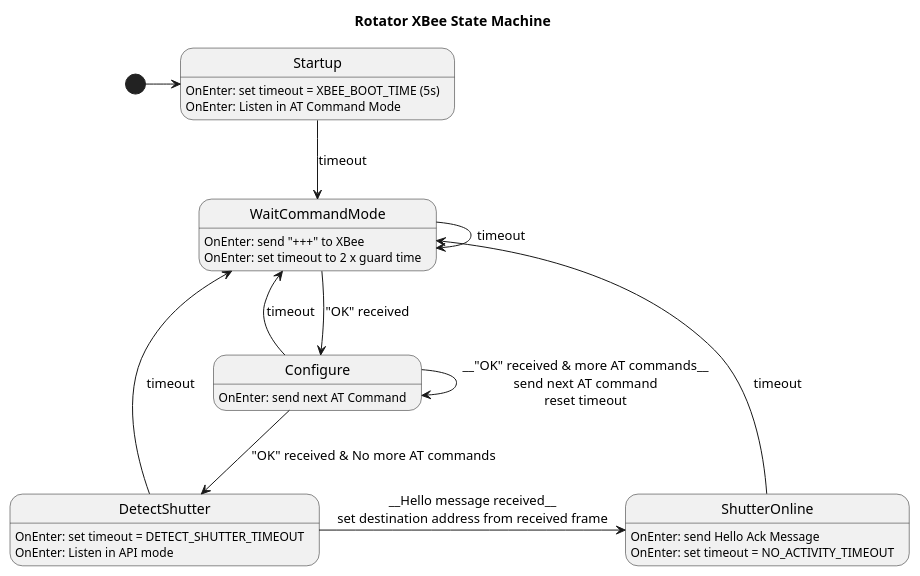
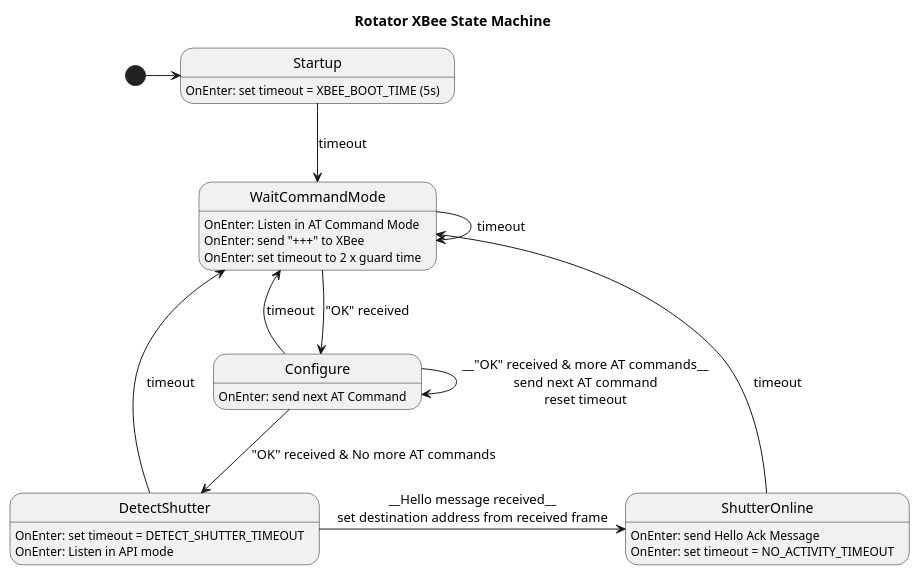
Before and after one commit to nexdome/Firmware: the diagram in Markdown/RotatorXBeeStateMachine.md, drawn with PlantUML. The commit also changed 7 other files, not shown here.

````diff
--- a/Markdown/RotatorXBeeStateMachine.md
+++ b/Markdown/RotatorXBeeStateMachine.md
@@ -1,31 +1,31 @@
 ``` puml
 @startuml
 hide empty description
 title Rotator XBee State Machine
 
 [*] -> Startup
 Startup: OnEnter: set timeout = XBEE_BOOT_TIME (5s)
-Startup: OnEnter: Listen in AT Command Mode
 Startup --> WaitCommandMode: timeout
 
+WaitCommandMode: OnEnter: Listen in AT Command Mode
 WaitCommandMode: OnEnter: send "+++" to XBee
 WaitCommandMode: OnEnter: set timeout to 2 x guard time
 WaitCommandMode --> Configure: "OK" received
 WaitCommandMode --> WaitCommandMode: timeout
 
 Configure: OnEnter: send next AT Command
 Configure --> WaitCommandMode: timeout
 Configure --> Configure: __"OK" received & more AT commands__\nsend next AT command\nreset timeout
 Configure --> DetectShutter: "OK" received & No more AT commands
 
 DetectShutter: OnEnter: set timeout = DETECT_SHUTTER_TIMEOUT
 DetectShutter: OnEnter: Listen in API mode
 DetectShutter --> WaitCommandMode: timeout
 DetectShutter -> ShutterOnline: __Hello message received__\nset destination address from received frame
 
 ShutterOnline: OnEnter: send Hello Ack Message
 ShutterOnline: OnEnter: set timeout = NO_ACTIVITY_TIMEOUT
 ShutterOnline --> WaitCommandMode: timeout
 
 @enduml
 ```
````
